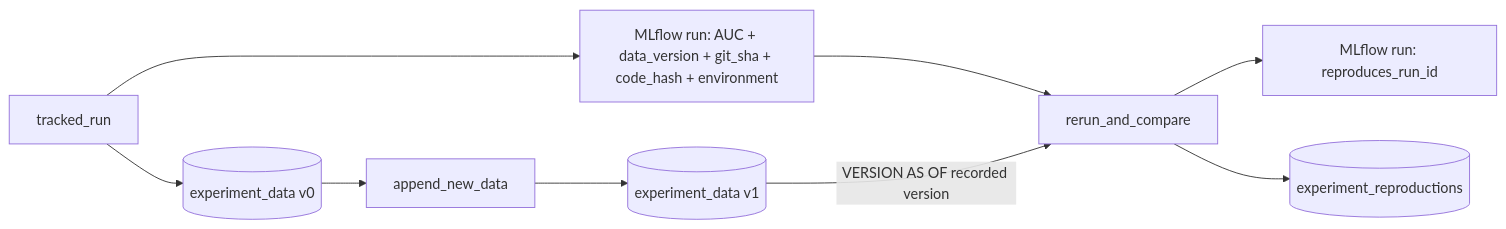
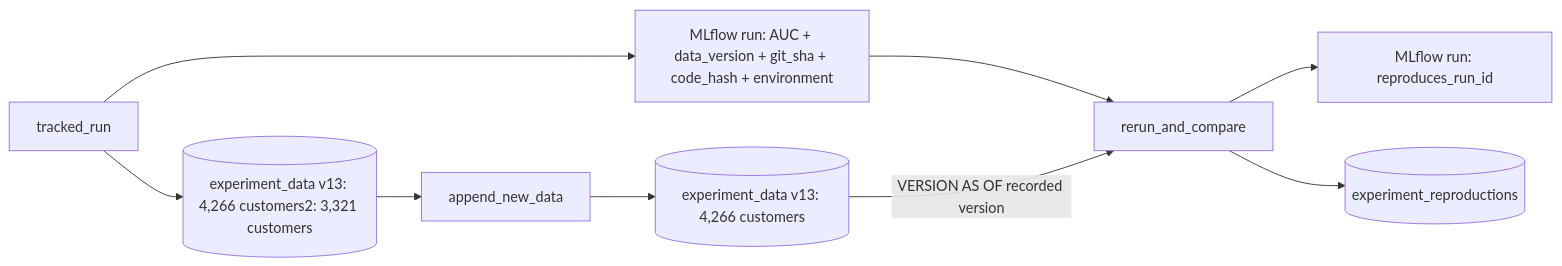
One commit to pengbricks/pengbricks-app-capabilities-walkthrough changed the diagram in reference/ml-lifecycle/guides/experiment-tracking/README.md. Above: the diagram before and after it, drawn with Mermaid. The commit also changed other lines of this file and 96 other files, not shown here.

````diff
--- a/reference/ml-lifecycle/guides/experiment-tracking/README.md
+++ b/reference/ml-lifecycle/guides/experiment-tracking/README.md
@@ -19,11 +21,11 @@
 ```mermaid
 flowchart LR
   T[tracked_run] --> R1[MLflow run: AUC + data_version + git_sha + code_hash + environment]
-  T --> D[(experiment_data v0)]
+  T --> D[(experiment_data v13: 4,266 customers2: 3,321 customers)]
   D --> A[append_new_data]
-  A --> D2[(experiment_data v1)]
+  A --> D2[(experiment_data v13: 4,266 customers)]
   R1 --> RR[rerun_and_compare]
   D2 -->|VERSION AS OF recorded version| RR
   RR --> R2[MLflow run: reproduces_run_id]
   RR --> X[(experiment_reproductions)]
 ```
````
